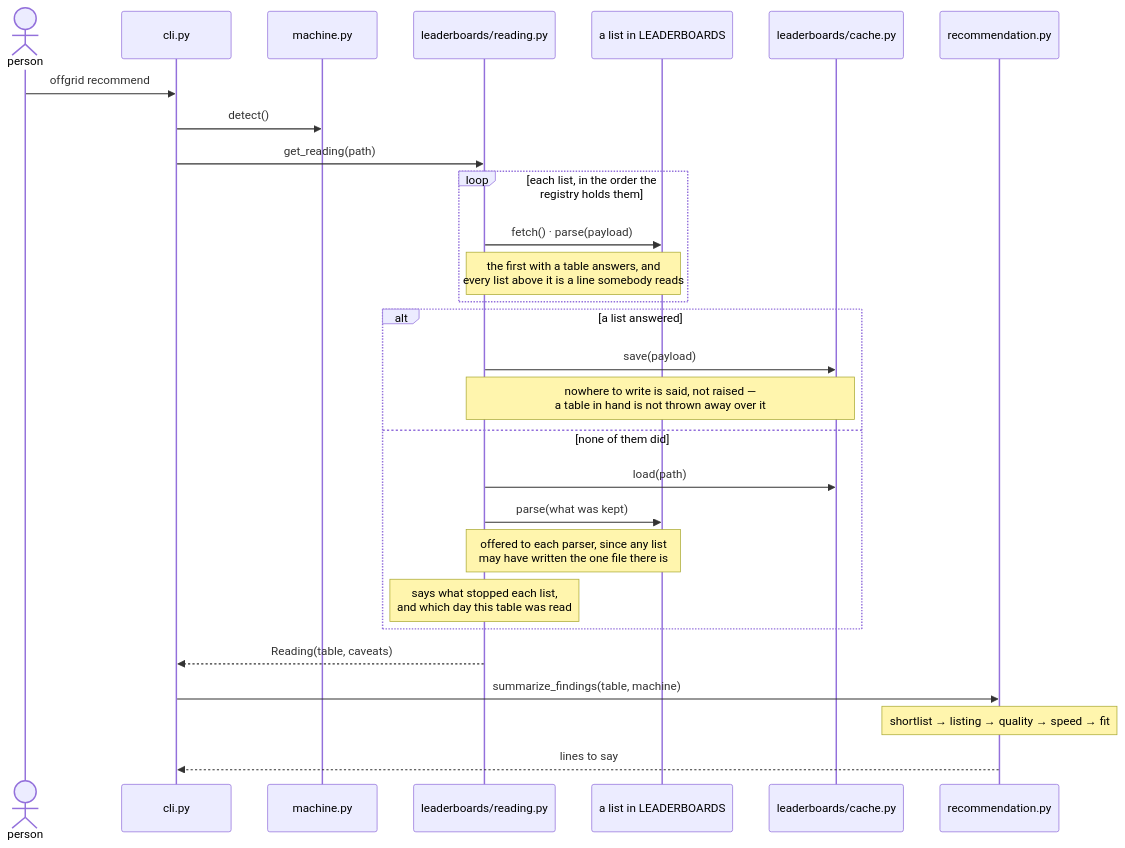
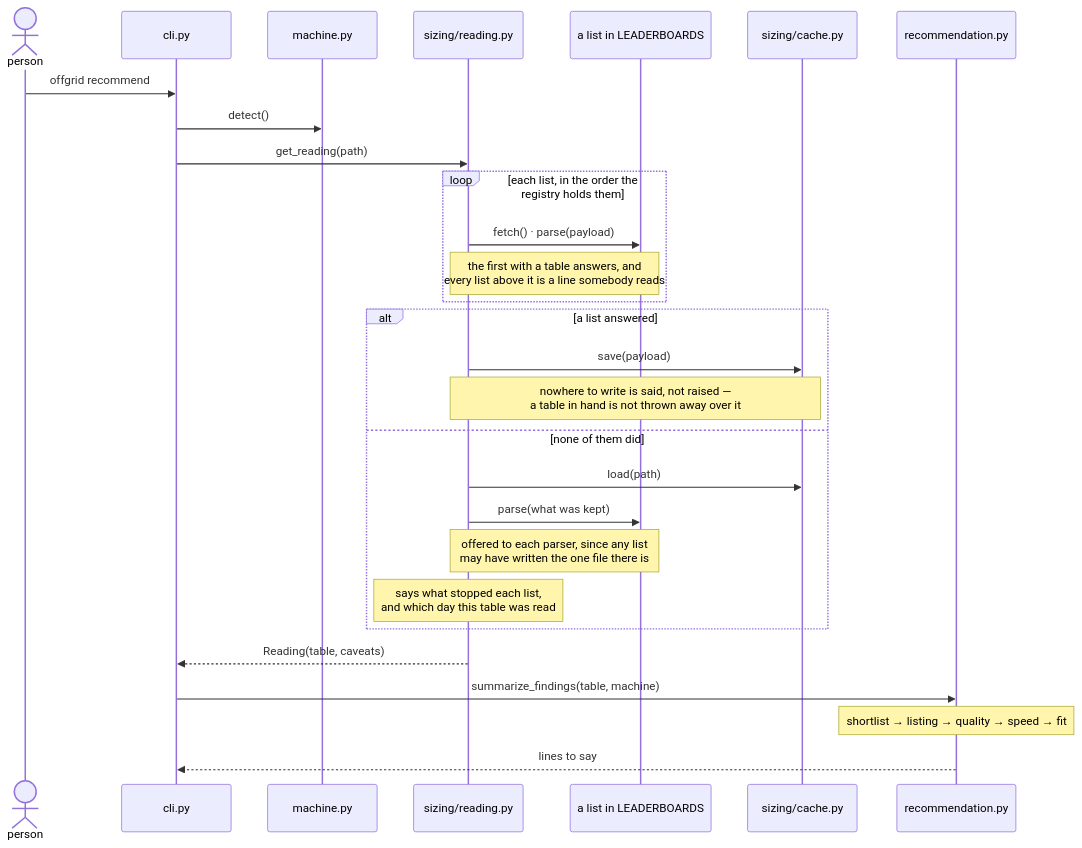
Before and after one commit to pvardanis/offgrid: the third of 3 diagrams in docs/architecture.md, drawn with Mermaid. The commit also changed other lines of this file and 1 other file, not shown here.

````diff
--- a/docs/architecture.md
+++ b/docs/architecture.md
@@ -253,31 +254,31 @@
 ```mermaid
 sequenceDiagram
     actor P as person
     participant C as cli.py
     participant M as machine.py
-    participant G as leaderboards/reading.py
+    participant G as sizing/reading.py
     participant O as a list in LEADERBOARDS
-    participant K as leaderboards/cache.py
+    participant K as sizing/cache.py
     participant S as recommendation.py
 
     P->>C: offgrid recommend
     C->>M: detect()
     C->>G: get_reading(path)
     loop each list, in the order the registry holds them
         G->>O: fetch() · parse(payload)
         Note over G,O: the first with a table answers, and<br/>every list above it is a line somebody reads
     end
     alt a list answered
         G->>K: save(payload)
         Note over G,K: nowhere to write is said, not raised —<br/>a table in hand is not thrown away over it
     else none of them did
         G->>K: load(path)
         G->>O: parse(what was kept)
         Note over G,O: offered to each parser, since any list<br/>may have written the one file there is
         Note over G: says what stopped each list,<br/>and which day this table was read
     end
     G-->>C: Reading(table, caveats)
     C->>S: summarize_findings(table, machine)
     Note over S: shortlist → listing → quality → speed → fit
     S-->>C: lines to say
 ```
````
